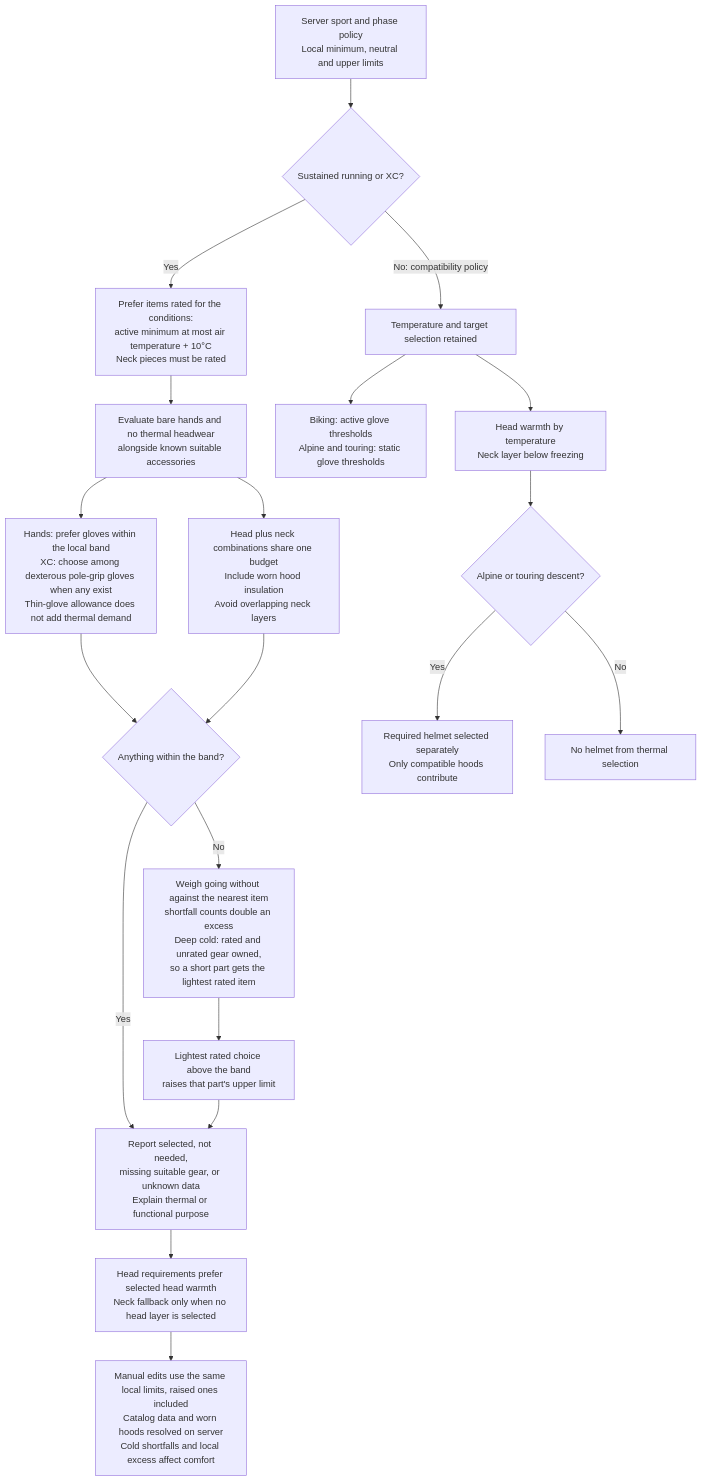
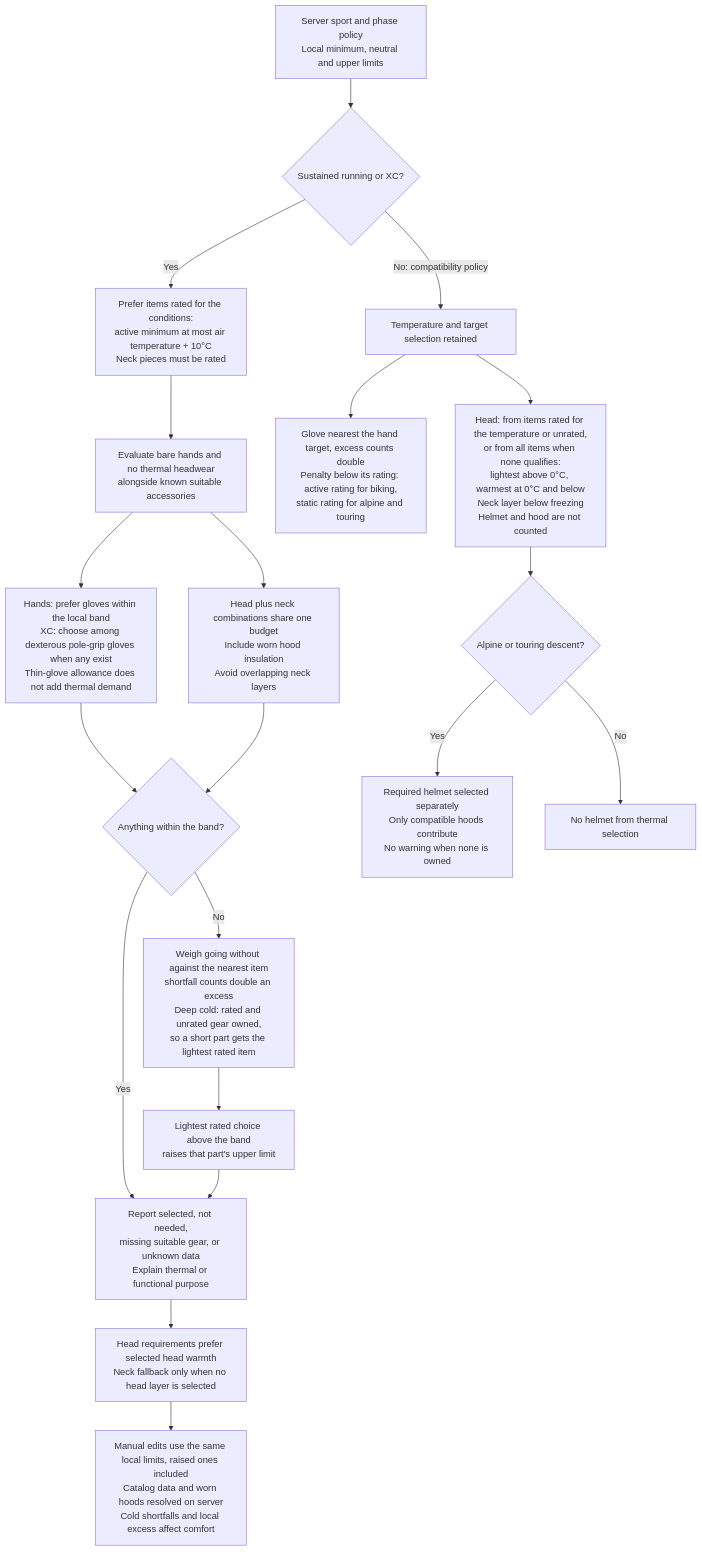
One commit to derobertsw/swttr changed the sixth of 7 diagrams in README.md. Above: the diagram before and after it, drawn with Mermaid. The commit also changed other lines of this file and 5 other files, not shown here.

````diff
--- a/README.md
+++ b/README.md
@@ -276,22 +280,22 @@
 ```mermaid
 graph TD
     EXT[Server sport and phase policy<br/>Local minimum, neutral and upper limits] --> MODE{Sustained running or XC?}
     MODE -->|Yes| RATED[Prefer items rated for the conditions:<br/>active minimum at most air temperature + 10°C<br/>Neck pieces must be rated]
     RATED --> BARE[Evaluate bare hands and no thermal headwear<br/>alongside known suitable accessories]
     BARE --> HAND[Hands: prefer gloves within the local band<br/>XC: choose among dexterous pole-grip gloves when any exist<br/>Thin-glove allowance does not add thermal demand]
     BARE --> HEAD[Head plus neck combinations share one budget<br/>Include worn hood insulation<br/>Avoid overlapping neck layers]
     HAND --> FIT{Anything within the band?}
     HEAD --> FIT
     FIT -->|No| NEAREST[Weigh going without against the nearest item<br/>shortfall counts double an excess<br/>Deep cold: rated and unrated gear owned,<br/>so a short part gets the lightest rated item]
     NEAREST --> LIMIT[Lightest rated choice above the band<br/>raises that part's upper limit]
     FIT -->|Yes| STATE
     LIMIT --> STATE[Report selected, not needed,<br/>missing suitable gear, or unknown data<br/>Explain thermal or functional purpose]
     STATE --> MATCH[Head requirements prefer selected head warmth<br/>Neck fallback only when no head layer is selected]
     MATCH --> EDIT[Manual edits use the same local limits, raised ones included<br/>Catalog data and worn hoods resolved on server<br/>Cold shortfalls and local excess affect comfort]
     MODE -->|No: compatibility policy| LEGACY[Temperature and target selection retained]
-    LEGACY --> LHAND[Biking: active glove thresholds<br/>Alpine and touring: static glove thresholds]
-    LEGACY --> LHEAD[Head warmth by temperature<br/>Neck layer below freezing]
+    LEGACY --> LHAND[Glove nearest the hand target, excess counts double<br/>Penalty below its rating: active rating for biking,<br/>static rating for alpine and touring]
+    LEGACY --> LHEAD[Head: from items rated for the temperature or unrated,<br/>or from all items when none qualifies:<br/>lightest above 0°C, warmest at 0°C and below<br/>Neck layer below freezing<br/>Helmet and hood are not counted]
     LHEAD --> HELMET{Alpine or touring descent?}
-    HELMET -->|Yes| REQUIRED[Required helmet selected separately<br/>Only compatible hoods contribute]
+    HELMET -->|Yes| REQUIRED[Required helmet selected separately<br/>Only compatible hoods contribute<br/>No warning when none is owned]
     HELMET -->|No| NOHELMET[No helmet from thermal selection]
 ```
````
